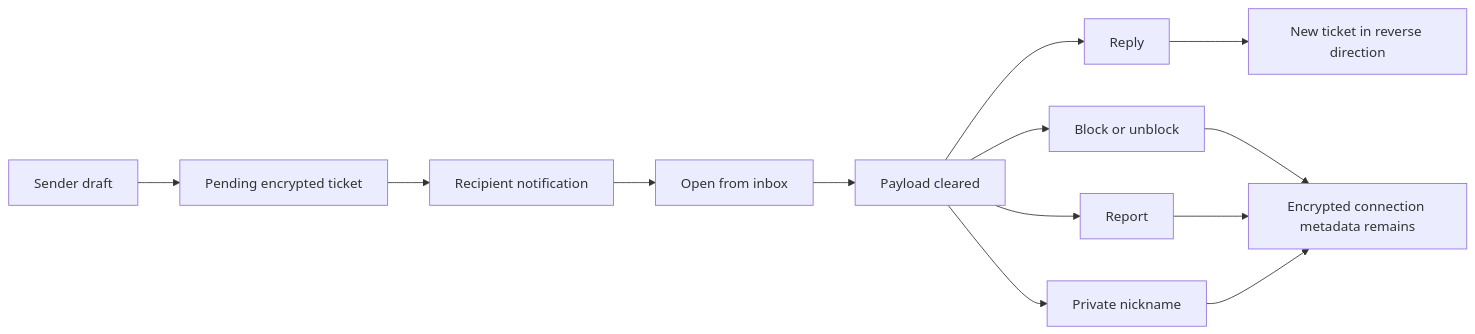
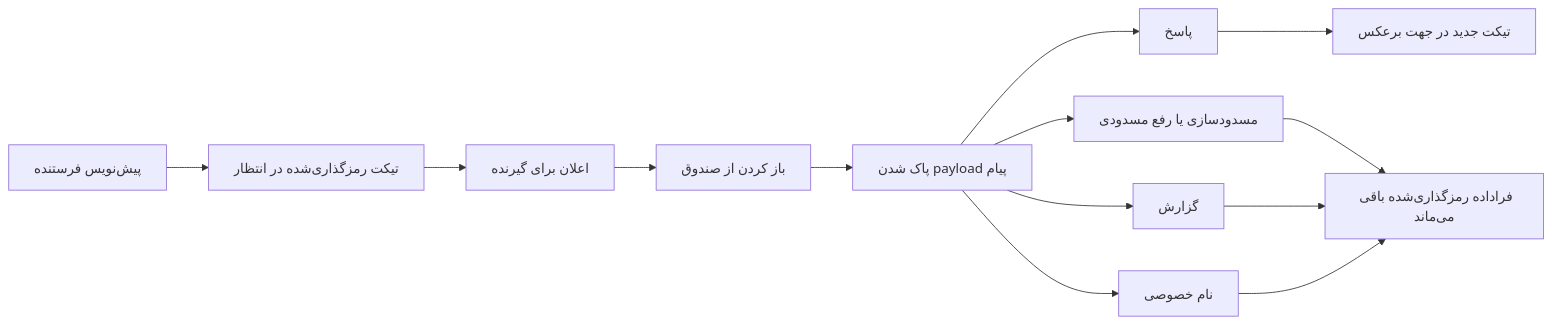
The fifth of 8 diagrams in content/fa/lab/anonymous-messaging-on-the-edge.md (mohetios/mohetios.dev), drawn with Mermaid before and after one commit. The commit also changed other lines of this file and 1 other file, not shown here.

````diff
--- a/content/fa/lab/anonymous-messaging-on-the-edge.md
+++ b/content/fa/lab/anonymous-messaging-on-the-edge.md
@@ -397,16 +397,16 @@
 ```mermaid
 flowchart LR
-  Draft[Sender draft] --> Pending[Pending encrypted ticket]
-  Pending --> Notify[Recipient notification]
-  Notify --> Open[Open from inbox]
-  Open --> Delivered[Payload cleared]
-  Delivered --> Reply[Reply]
-  Delivered --> Block[Block or unblock]
-  Delivered --> Report[Report]
-  Delivered --> Nickname[Private nickname]
+  Draft[پیش‌نویس فرستنده] --> Pending[تیکت رمزگذاری‌شده در انتظار]
+  Pending --> Notify[اعلان برای گیرنده]
+  Notify --> Open[باز کردن از صندوق]
+  Open --> Delivered[پاک شدن payload پیام]
+  Delivered --> Reply[پاسخ]
+  Delivered --> Block[مسدودسازی یا رفع مسدودی]
+  Delivered --> Report[گزارش]
+  Delivered --> Nickname[نام خصوصی]
 
-  Reply --> NewTicket[New ticket in reverse direction]
-  Block --> Metadata[Encrypted connection metadata remains]
+  Reply --> NewTicket[تیکت جدید در جهت برعکس]
+  Block --> Metadata[فراداده رمزگذاری‌شده باقی می‌ماند]
   Report --> Metadata
   Nickname --> Metadata
 ```
````
